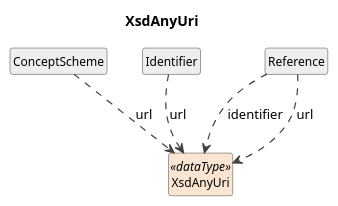
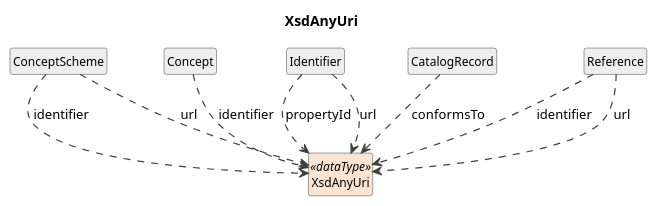
One commit to Cross-Domain-Interoperability-Framework/metadataBuildingBlocks changed the diagram in cdif-uml-model/CDIFCodelist/DataTypes/XsdAnyUri.pu. Above: the diagram before and after it, drawn with PlantUML. The commit also changed 156 other files, not shown here.

First line of the commit message:
cdif-uml-model: regenerated CDIFCodelist (schema-aligned attributes)

```diff
--- a/cdif-uml-model/CDIFCodelist/DataTypes/XsdAnyUri.pu
+++ b/cdif-uml-model/CDIFCodelist/DataTypes/XsdAnyUri.pu
@@ -1,22 +1,28 @@
 @startuml
 title XsdAnyUri
 hide circle
 hide empty members
 skinparam shadowing false
 skinparam ArrowThickness 1.2
 skinparam class {
   ArrowColor #404040
   BorderColor #404040
   FontSize 12
 }
 
 class "XsdAnyUri" as XsdAnyUri <<dataType>> #FAE5D3
 class "ConceptScheme" as ConceptScheme #EEEEEE
+ConceptScheme ..> XsdAnyUri : identifier
 ConceptScheme ..> XsdAnyUri : url
+class "Concept" as Concept #EEEEEE
+Concept ..> XsdAnyUri : identifier
 class "Identifier" as Identifier #EEEEEE
+Identifier ..> XsdAnyUri : propertyId
 Identifier ..> XsdAnyUri : url
+class "CatalogRecord" as CatalogRecord #EEEEEE
+CatalogRecord ..> XsdAnyUri : conformsTo
 class "Reference" as Reference #EEEEEE
 Reference ..> XsdAnyUri : identifier
 Reference ..> XsdAnyUri : url
 
 @enduml
```
